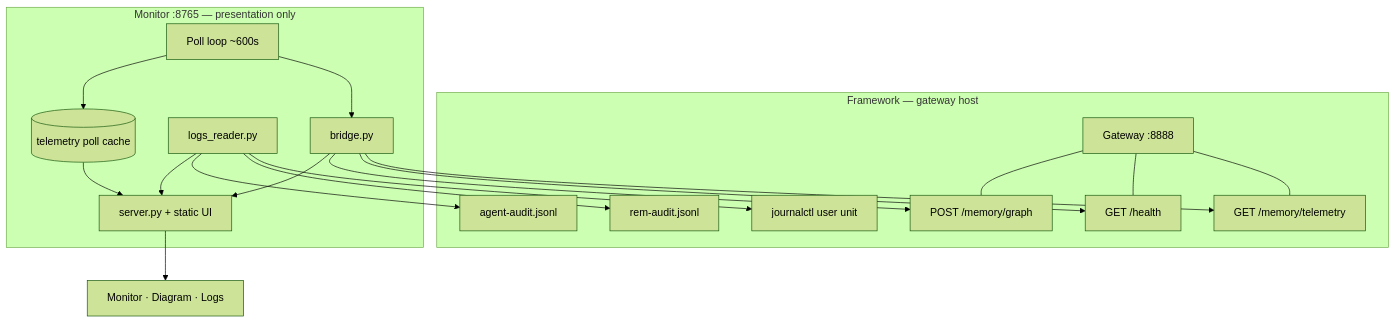
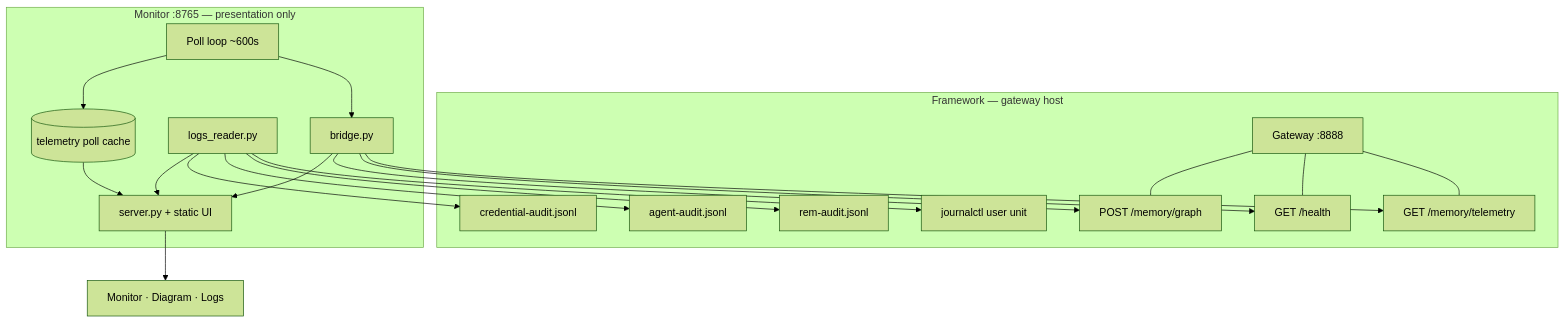
Before and after one commit to KanenasInGreece/Shared_Memory_Monitor: the diagram in README.md, drawn with Mermaid (forest theme). The commit also changed other lines of this file, not shown here.

````diff
--- a/README.md
+++ b/README.md
@@ -245,30 +196,31 @@
 ```mermaid
 flowchart TB
   subgraph fw [Framework — gateway host]
     GW[Gateway :8888]
     TEL["GET /memory/telemetry"]
     HLTH["GET /health"]
     GRP["POST /memory/graph"]
     JRN[journalctl user unit]
     REMF[rem-audit.jsonl]
     AGF[agent-audit.jsonl]
+    CRED[credential-audit.jsonl]
     GW --- TEL & HLTH & GRP
   end
 
   subgraph mon [Monitor :8765 — presentation only]
     BR[bridge.py]
     LR[logs_reader.py]
     LOOP[Poll loop ~600s]
     DB[(telemetry poll cache)]
     SRV[server.py + static UI]
     BR --> TEL & HLTH & GRP
-    LR --> JRN & REMF & AGF
+    LR --> JRN & REMF & AGF & CRED
     LOOP --> BR
     LOOP --> DB
     DB --> SRV
     BR --> SRV
     LR --> SRV
   end
 
   SRV --> UI[Monitor · Diagram · Logs]
 ```
````
